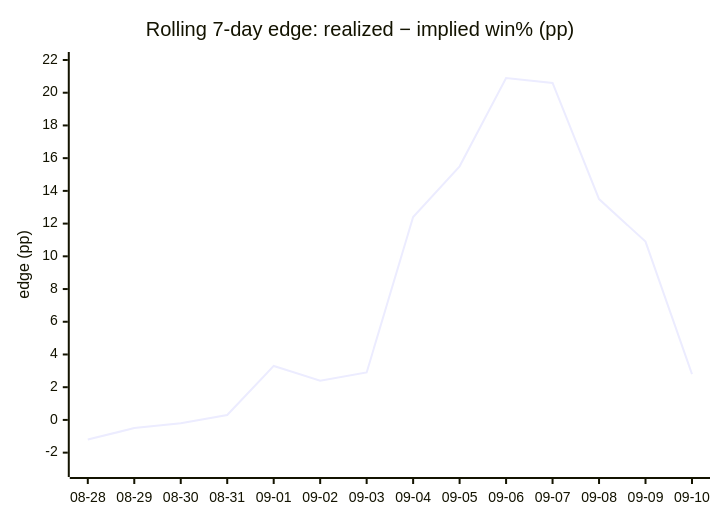
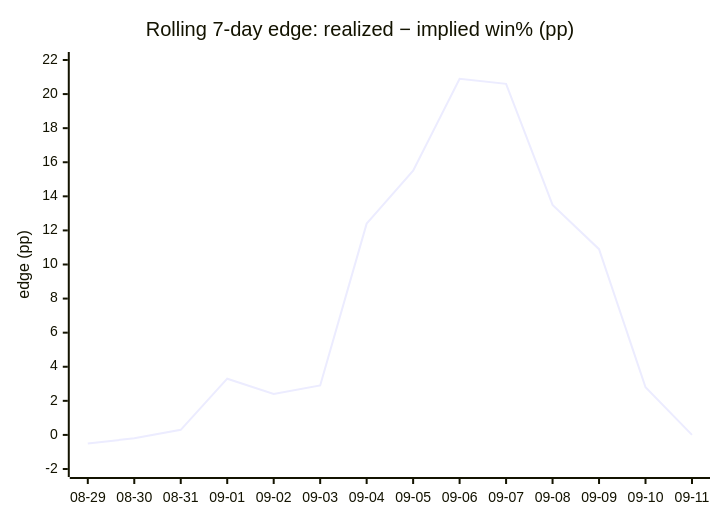
One commit to dpk1212/nhl-savant changed the fourth of 4 diagrams in DAILY_AGSU_REPORT.md. Above: the diagram before and after it, drawn with Mermaid. The commit also changed other lines of this file, not shown here.

````diff
--- a/DAILY_AGSU_REPORT.md
+++ b/DAILY_AGSU_REPORT.md
@@ -863,7 +875,7 @@
 ```mermaid
 xychart-beta
     title "Rolling 7-day edge: realized − implied win% (pp)"
-    x-axis ["08-28", "08-29", "08-30", "08-31", "09-01", "09-02", "09-03", "09-04", "09-05", "09-06", "09-07", "09-08", "09-09", "09-10"]
-    y-axis "edge (pp)" -3 --> 22
-    line [-1.2, -0.5, -0.2, 0.3, 3.3, 2.4, 2.9, 12.4, 15.5, 20.9, 20.6, 13.5, 10.9, 2.8]
+    x-axis ["08-29", "08-30", "08-31", "09-01", "09-02", "09-03", "09-04", "09-05", "09-06", "09-07", "09-08", "09-09", "09-10", "09-11"]
+    y-axis "edge (pp)" -2 --> 22
+    line [-0.5, -0.2, 0.3, 3.3, 2.4, 2.9, 12.4, 15.5, 20.9, 20.6, 13.5, 10.9, 2.8, 0]
 ```
````
